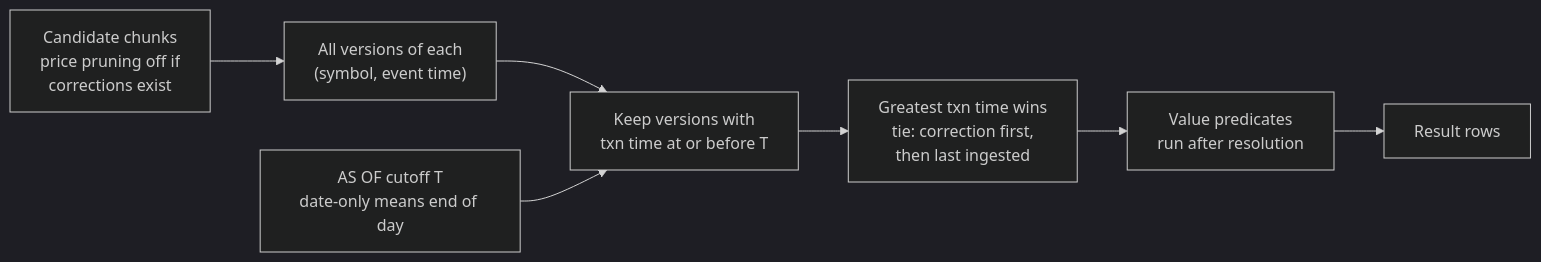
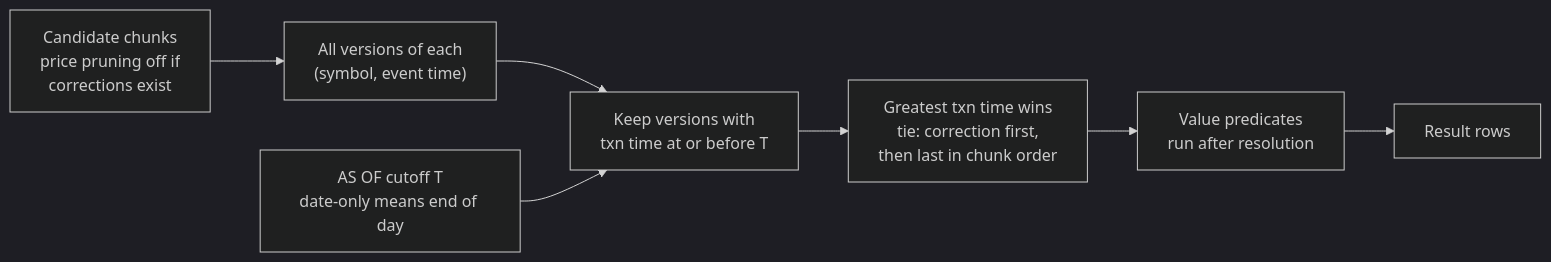
Before and after one commit to Shri2909/PitDB: the diagram in ARCHITECTURE.md, drawn with Mermaid (dark theme). The commit also changed other lines of this file, not shown here.

First line of the commit message:
docs(architecture): add key design decisions

````diff
--- a/ARCHITECTURE.md
+++ b/ARCHITECTURE.md
@@ -5,12 +5,12 @@
 ```mermaid
 flowchart LR
     Q["AS OF cutoff T<br/>date-only means end of day"]
     C["Candidate chunks<br/>price pruning off if<br/>corrections exist"]
     V["All versions of each<br/>(symbol, event time)"]
     F["Keep versions with<br/>txn time at or before T"]
-    W["Greatest txn time wins<br/>tie: correction first,<br/>then last ingested"]
+    W["Greatest txn time wins<br/>tie: correction first,<br/>then last in chunk order"]
     P["Value predicates<br/>run after resolution"]
     R["Result rows"]
     C --> V --> F --> W --> P --> R
     Q --> F
 ```
````
